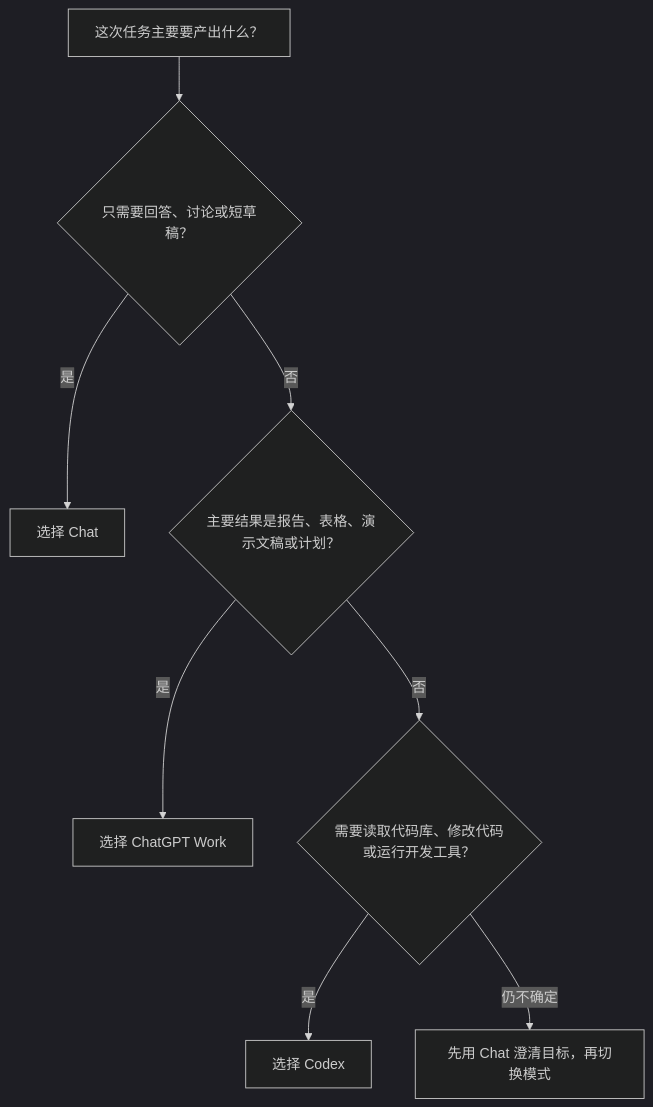
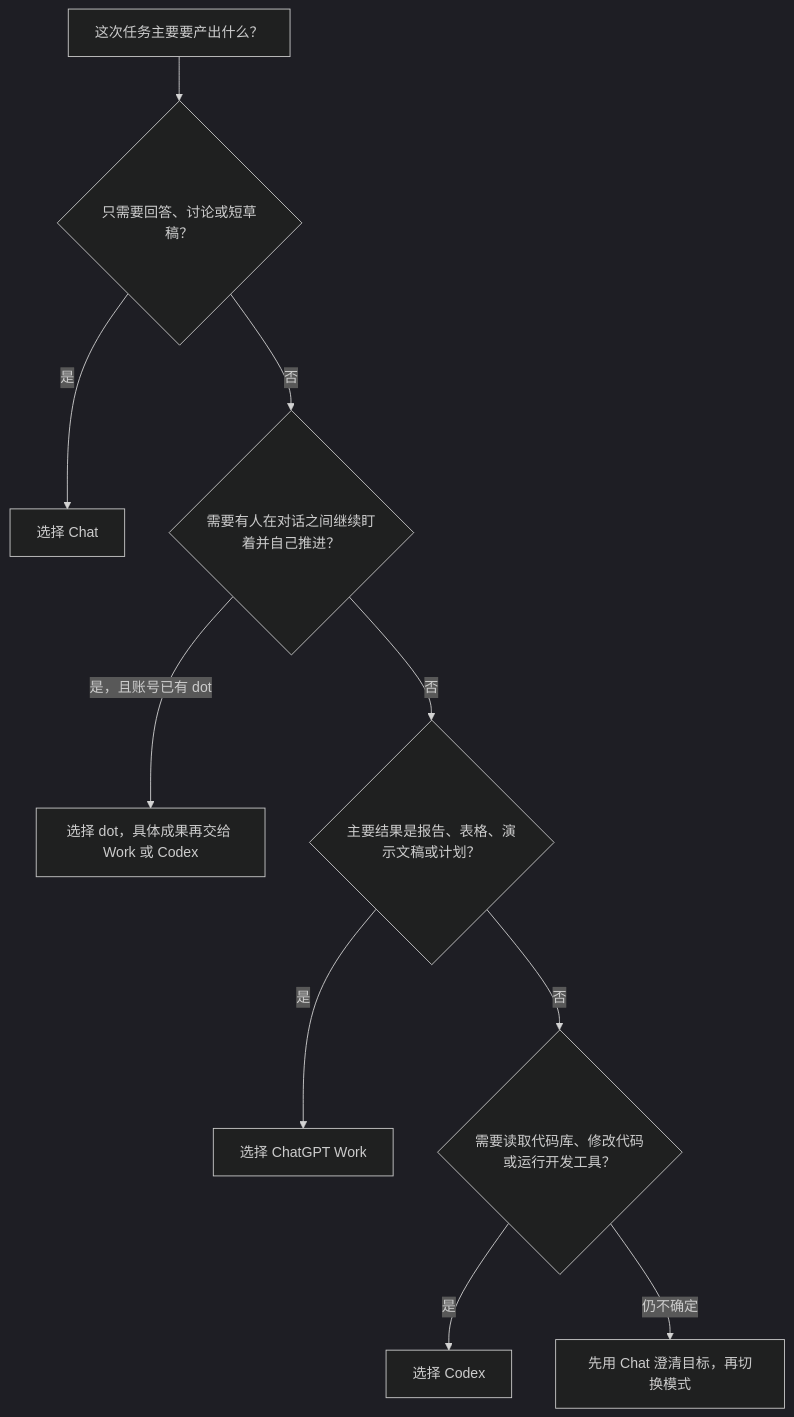
One commit to awefoundry/codex-handbook changed the diagram in 00-从这里开始/04-Chat-Work和Codex怎么选.md. Above: the diagram before and after it, drawn with Mermaid (dark theme). The commit also changed other lines of this file and 8 other files, not shown here.

````diff
--- a/00-从这里开始/04-Chat-Work和Codex怎么选.md
+++ b/00-从这里开始/04-Chat-Work和Codex怎么选.md
@@ -54,10 +103,12 @@
 ```mermaid
 flowchart TD
     A["这次任务主要要产出什么？"] --> B{"只需要回答、讨论或短草稿？"}
     B -->|"是"| C["选择 Chat"]
-    B -->|"否"| D{"主要结果是报告、表格、演示文稿或计划？"}
-    D -->|"是"| E["选择 ChatGPT Work"]
-    D -->|"否"| F{"需要读取代码库、修改代码或运行开发工具？"}
-    F -->|"是"| G["选择 Codex"]
-    F -->|"仍不确定"| H["先用 Chat 澄清目标，再切换模式"]
+    B -->|"否"| D{"需要有人在对话之间继续盯着并自己推进？"}
+    D -->|"是，且账号已有 dot"| I["选择 dot，具体成果再交给 Work 或 Codex"]
+    D -->|"否"| E{"主要结果是报告、表格、演示文稿或计划？"}
+    E -->|"是"| F["选择 ChatGPT Work"]
+    E -->|"否"| G{"需要读取代码库、修改代码或运行开发工具？"}
+    G -->|"是"| H["选择 Codex"]
+    G -->|"仍不确定"| J["先用 Chat 澄清目标，再切换模式"]
 ```
````
